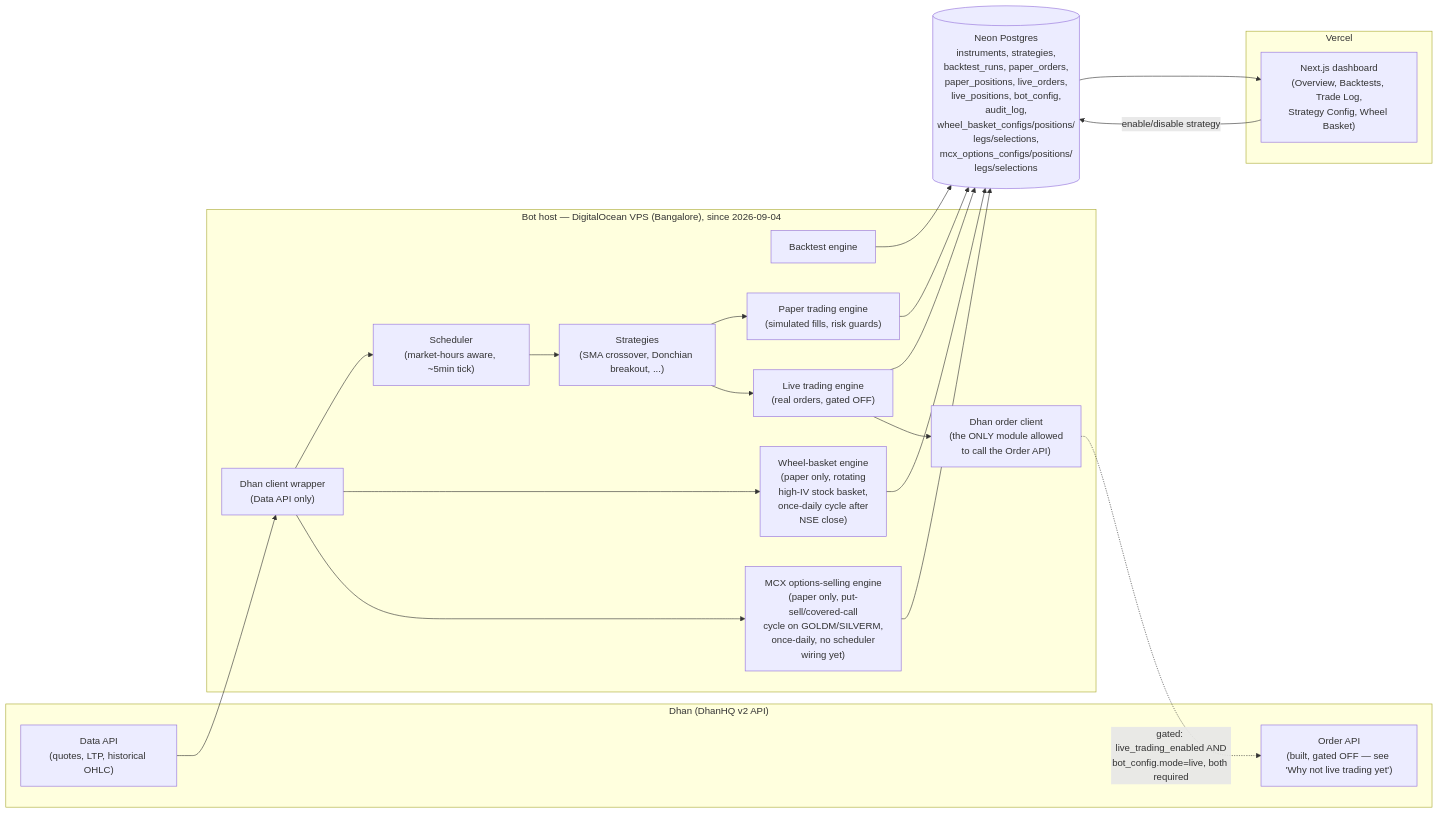
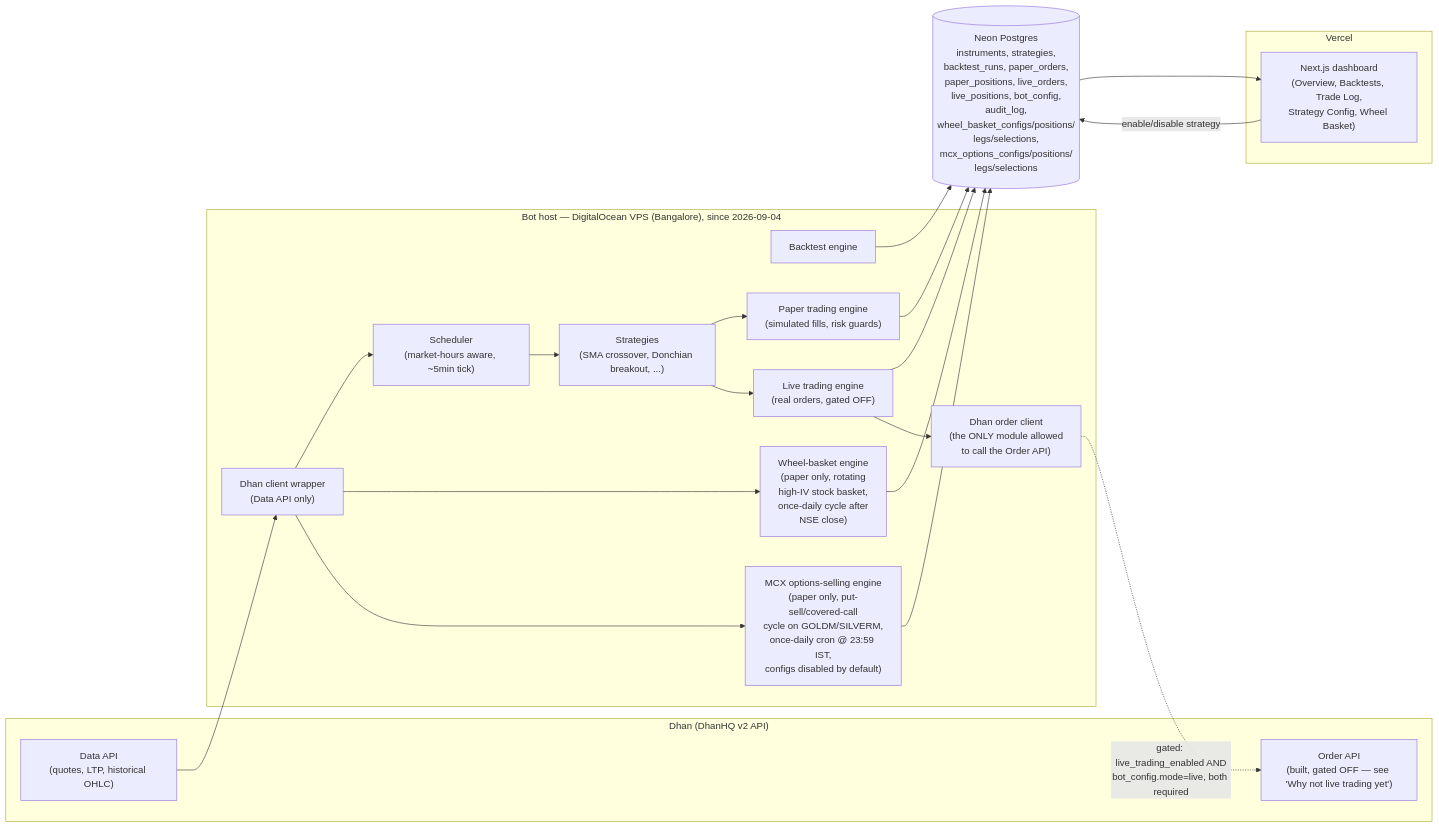
One commit to nowgrowmore/growmore changed the diagram in docs/architecture.md. Above: the diagram before and after it, drawn with Mermaid. The commit also changed other lines of this file and 9 other files, not shown here.

````diff
--- a/docs/architecture.md
+++ b/docs/architecture.md
@@ -5,40 +5,40 @@
 ```mermaid
 flowchart LR
     subgraph Dhan["Dhan (DhanHQ v2 API)"]
         DataAPI["Data API\n(quotes, LTP, historical OHLC)"]
         OrderAPI["Order API\n(built, gated OFF — see 'Why not live trading yet')"]
     end
 
     subgraph BotHost["Bot host — DigitalOcean VPS (Bangalore), since 2026-09-04"]
         Scheduler["Scheduler\n(market-hours aware, ~5min tick)"]
         Strategies["Strategies\n(SMA crossover, Donchian breakout, ...)"]
         Backtest["Backtest engine"]
         Paper["Paper trading engine\n(simulated fills, risk guards)"]
         Live["Live trading engine\n(real orders, gated OFF)"]
         Broker["Dhan client wrapper\n(Data API only)"]
         OrderClient["Dhan order client\n(the ONLY module allowed\nto call the Order API)"]
         WheelBasket["Wheel-basket engine\n(paper only, rotating\nhigh-IV stock basket,\nonce-daily cycle after\nNSE close)"]
-        MCXOptions["MCX options-selling engine\n(paper only, put-sell/covered-call\ncycle on GOLDM/SILVERM,\nonce-daily, no scheduler\nwiring yet)"]
+        MCXOptions["MCX options-selling engine\n(paper only, put-sell/covered-call\ncycle on GOLDM/SILVERM,\nonce-daily cron @ 23:59 IST,\nconfigs disabled by default)"]
     end
 
     DB[("Neon Postgres\ninstruments, strategies,\nbacktest_runs, paper_orders,\npaper_positions, live_orders,\nlive_positions, bot_config,\naudit_log,\nwheel_basket_configs/positions/\nlegs/selections,\nmcx_options_configs/positions/\nlegs/selections")]
 
     subgraph Vercel["Vercel"]
         Dashboard["Next.js dashboard\n(Overview, Backtests, Trade Log,\nStrategy Config, Wheel Basket)"]
     end
 
     DataAPI --> Broker --> Scheduler
     Scheduler --> Strategies --> Paper
     Strategies --> Live
     Broker --> WheelBasket
     Broker --> MCXOptions
     Backtest --> DB
     Paper --> DB
     Live --> DB
     WheelBasket --> DB
     MCXOptions --> DB
     Live --> OrderClient
     OrderClient -. "gated: live_trading_enabled AND\nbot_config.mode=live, both required" .-> OrderAPI
     DB --> Dashboard
     Dashboard -- "enable/disable strategy" --> DB
 ```
````
